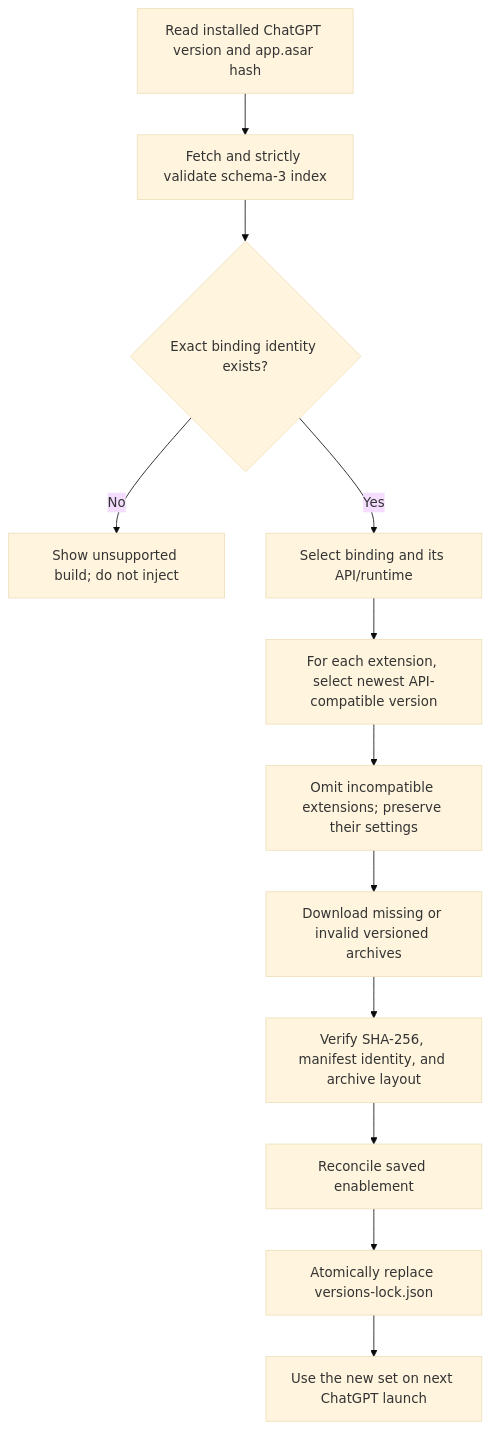
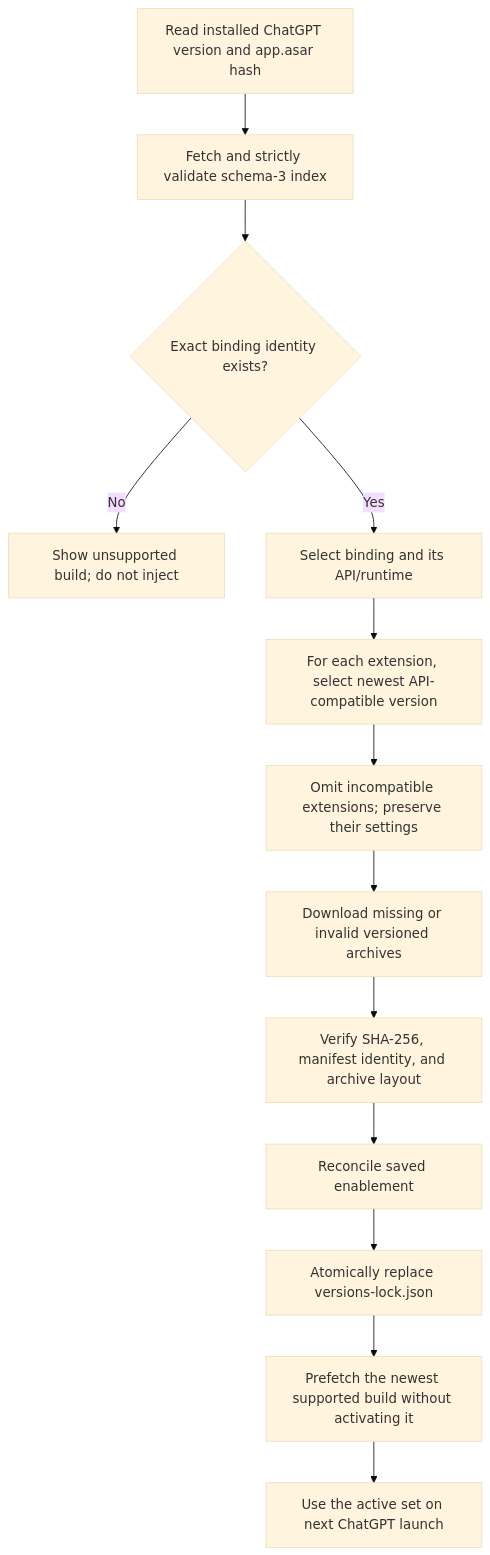
Before and after one commit to zats/chat-gpt-x: the first of 2 diagrams in docs/component-updates.md, drawn with Mermaid (base theme). The commit also changed other lines of this file and 3 other files, not shown here.

Commit message:
Prefetch latest supported runtime

````diff
--- a/docs/component-updates.md
+++ b/docs/component-updates.md
@@ -160,14 +167,15 @@
 ```mermaid
 flowchart TD
     A["Read installed ChatGPT version and app.asar hash"] --> B["Fetch and strictly validate schema-3 index"]
     B --> C{"Exact binding identity exists?"}
     C -- "No" --> U["Show unsupported build; do not inject"]
     C -- "Yes" --> D["Select binding and its API/runtime"]
     D --> E["For each extension, select newest API-compatible version"]
     E --> F["Omit incompatible extensions; preserve their settings"]
     F --> G["Download missing or invalid versioned archives"]
     G --> H["Verify SHA-256, manifest identity, and archive layout"]
     H --> I["Reconcile saved enablement"]
     I --> J["Atomically replace versions-lock.json"]
-    J --> K["Use the new set on next ChatGPT launch"]
+    J --> K["Prefetch the newest supported build without activating it"]
+    K --> L["Use the active set on next ChatGPT launch"]
 ```
````
